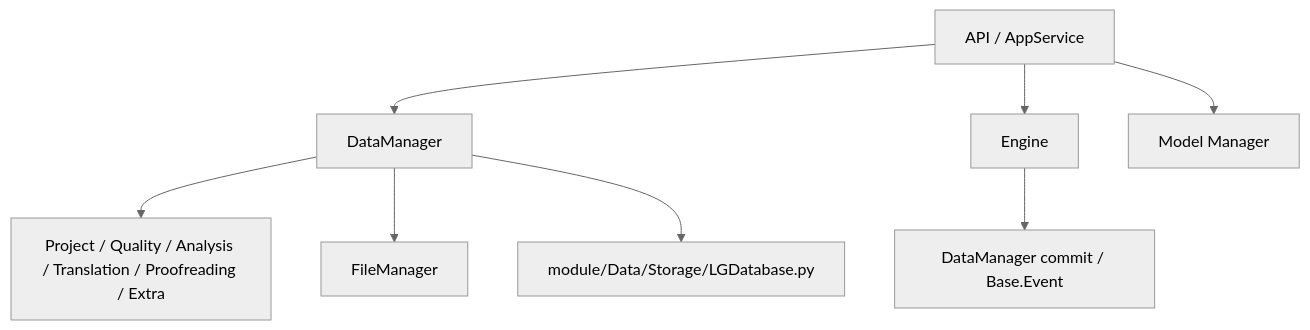
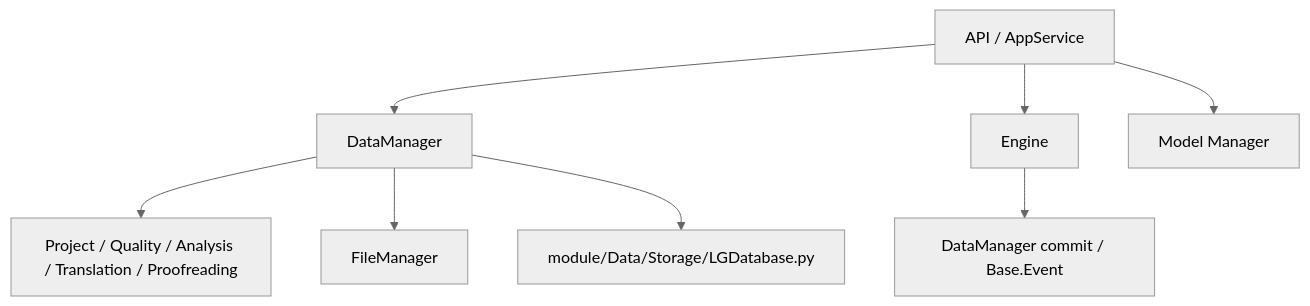
Before and after one commit to neavo/LinguaGacha: the first of 4 diagrams in docs/DATA.md, drawn with Mermaid (neutral theme). The commit also changed other lines of this file and 53 other files, not shown here.

````diff
--- a/docs/DATA.md
+++ b/docs/DATA.md
@@ -15,10 +15,10 @@
 ```mermaid
 flowchart TD
     A["API / AppService"] --> B["DataManager"]
     A --> C["Engine"]
-    B --> D["Project / Quality / Analysis / Translation / Proofreading / Extra"]
+    B --> D["Project / Quality / Analysis / Translation / Proofreading"]
     B --> E["FileManager"]
     B --> F["module/Data/Storage/LGDatabase.py"]
     A --> G["Model Manager"]
     C --> H["DataManager commit / Base.Event"]
 ```
````
